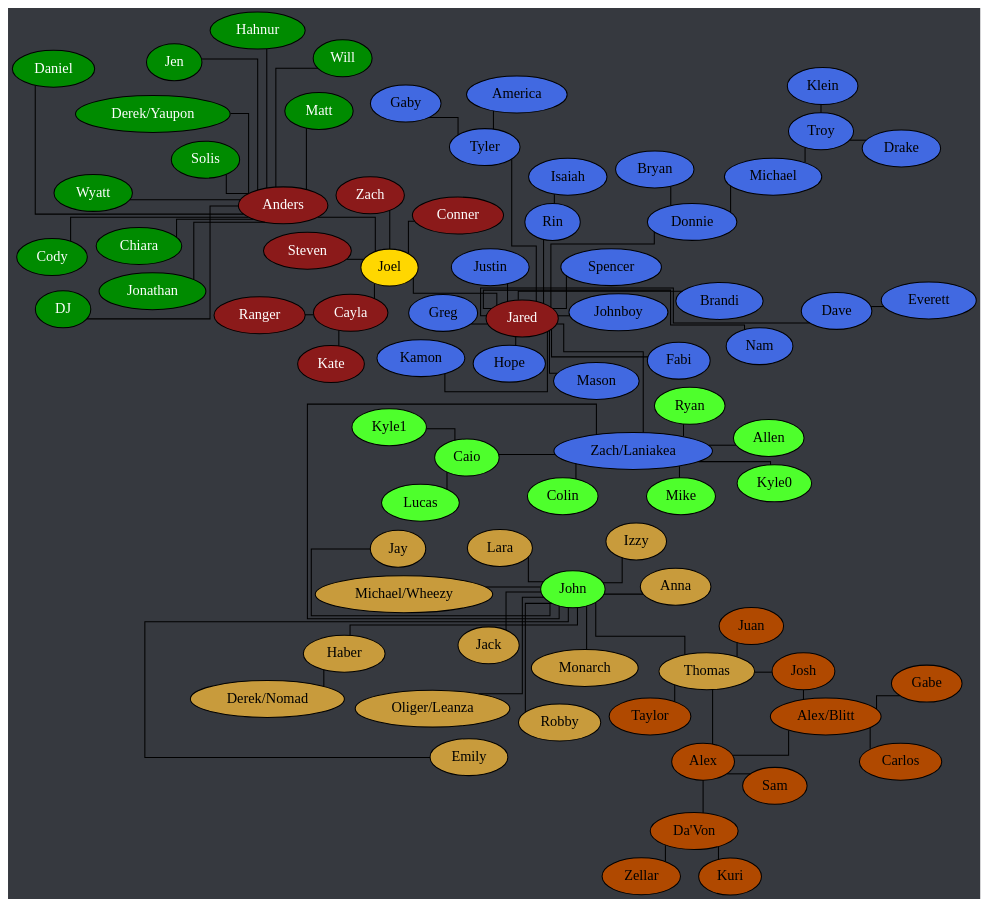
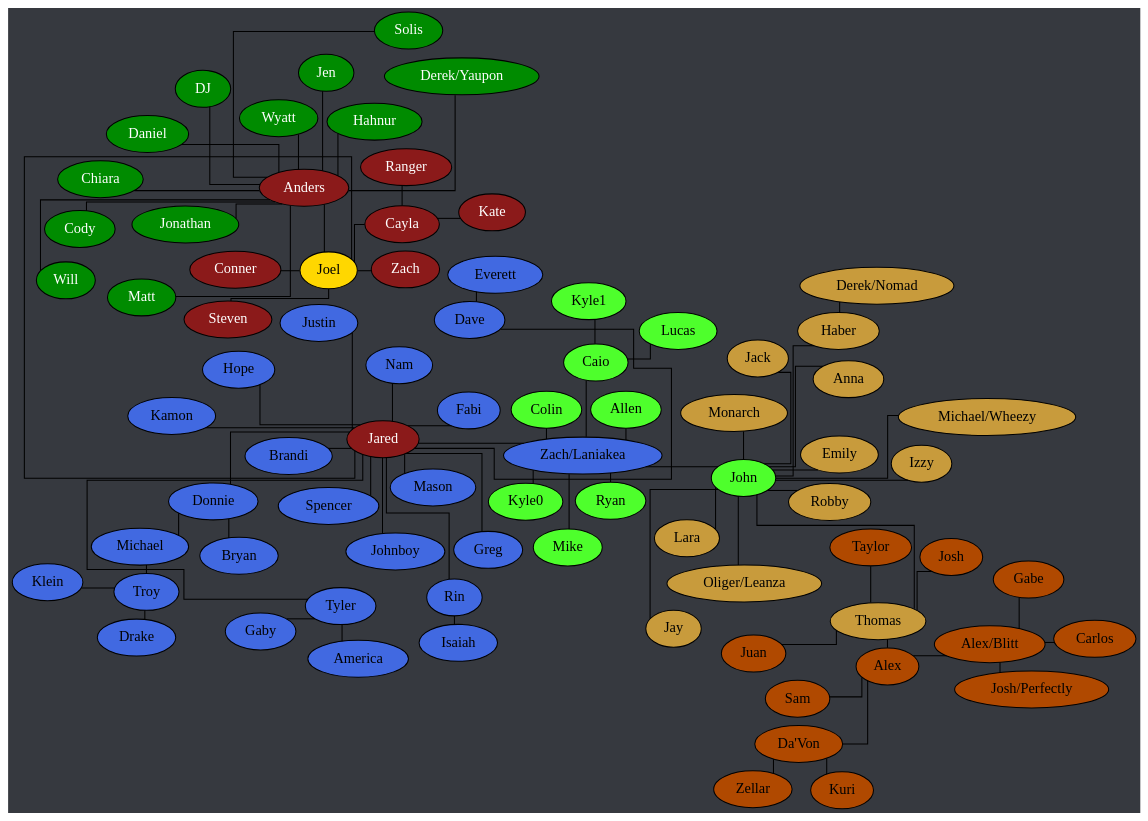
The diagram in tree.dot (Documidas/CoronaCatzFamilyTree), drawn with Graphviz before and after one commit. The commit also changed 1 other file, not shown here.

Commit message:
Fix double Josh

```diff
--- a/tree.dot
+++ b/tree.dot
@@ -1,127 +1,127 @@
 strict graph {
 	// Layout Configuration
 	layout = neato;
 	epsilon = 0.01;
 	mode = KK;
 	model = subset;
 	overlap = false;
 	splines = ortho;
 
 	// Visual Configuration
 	graph [truecolor=true bgcolor="#36393f"]
 	node [style=filled fillcolor="gray" fontcolor="black"]
 
 	subgraph "Joel" {
 		node [style=filled fillcolor="firebrick4" fontcolor="white"];
 		Joel [style=filled fillcolor="gold" fontcolor="black"];
 
 		Anders -- Joel;
 		Cayla -- Joel
 		Cayla -- Kate;
 		Cayla -- Ranger;
 		Joel -- Conner;
 		Joel -- Jared;
 		Joel -- Steven;
 		Joel -- Zach;
 	}
 
 	subgraph "Anders" {
 		node [style=filled fillcolor="green4" fontcolor="white"];
 
 		Anders -- Chiara
 		Anders -- Cody;
 		Anders -- Daniel;
 		Anders -- "Derek/Yaupon";
 		Anders -- DJ;
 		Anders -- Hahnur;
 		Anders -- Jen;
 		Anders -- Jonathan;
 		Anders -- Matt;
 		Anders -- Solis;
 		Anders -- Will;
 		Anders -- Wyatt;
 	}
 
 	subgraph "Jared" {
 		node [style=filled fillcolor="royalblue" fontcolor="black"]
 
 		Dave -- Everett;
 		Donnie -- Bryan;
 		Donnie -- Michael;
 		Jared -- Brandi;
 		Jared -- Dave;
 		Jared -- Donnie;
 		Jared -- Fabi;
 		Jared -- Greg;
 		Jared -- Hope;
 		Jared -- Johnboy;
 		Jared -- Justin;
 		Jared -- Kamon;
 		Jared -- Mason;
 		Jared -- Nam;
 		Jared -- Rin;
 		Jared -- Spencer;
 		Jared -- Tyler;
 		Jared -- "Zach/Laniakea";
 		Michael -- Troy;
 		Rin -- Isaiah;
 		Tyler -- America;
 		Tyler -- Gaby;
 		Troy -- Drake;
 		Troy -- Klein;
 	}
 
 	subgraph "Zach/Laniakea" {
 		node [style=filled fillcolor="#4eff2c" fontcolor="black"]
 
 		Caio -- Kyle1;
 		Caio -- Lucas;
 		"Zach/Laniakea" -- Allen;
 		"Zach/Laniakea" -- Caio;
 		"Zach/Laniakea" -- Colin;
 		"Zach/Laniakea" -- John [ len = 10 ];
 		"Zach/Laniakea" -- Kyle0;
 		"Zach/Laniakea" -- Mike;
 		"Zach/Laniakea" -- Ryan;
 	}
 
 	subgraph "John" {
 		node [style=filled fillcolor="#c89b3c" fontcolor="black"]
 
 		Haber -- "Derek/Nomad";
 		John -- Anna;
 		John -- Emily;
 		John -- Haber;
 		John -- Jay;
 		John -- Jack;
 		John -- Lara;
 		John -- Monarch;
 		John -- "Oliger/Leanza";
 		John -- Thomas;
 	}
 
 	subgraph "John-stream" {
 		// node [style=filled fillcolor="#9147ff" fontcolor="black"]
 		node [style=filled fillcolor="#c89b3c" fontcolor="black"]
 
 		John -- Izzy;
 		John -- "Michael/Wheezy";
 		John -- Robby;
 	}
 
 	subgraph "Thomas" {
 		node [style=filled fillcolor="#b04900" fontcolor="black"]
 		Alex -- "Da'Von";
 		Alex -- "Alex/Blitt";
 		Alex -- Sam;
 		"Alex/Blitt" -- Carlos;
 		"Alex/Blitt" -- Gabe;
-		"Alex/Blitt" -- Josh;
+		"Alex/Blitt" -- "Josh/Perfectly";
 		"Da'Von" -- Kuri;
 		"Da'Von" -- Zellar;
 		Thomas -- Alex;
 		Thomas -- Josh;
 		Thomas -- Juan;
 		Thomas -- Taylor;
 	}
 }
```
